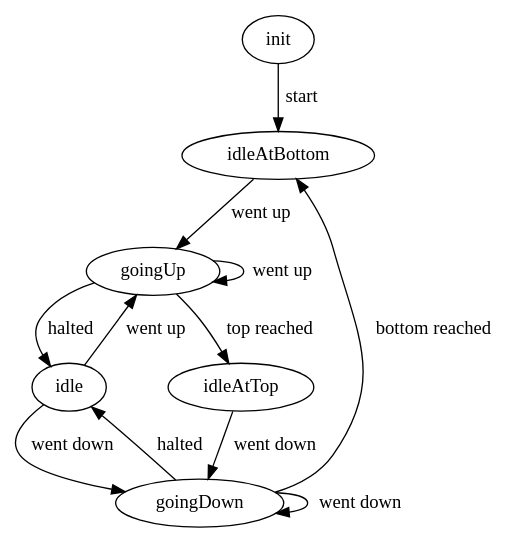
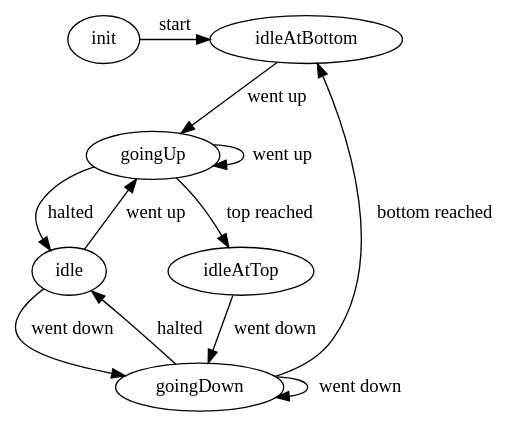
One commit to uberto/okotta-es changed the diagram in codegen/examples/elevator.dot. Above: the diagram before and after it, drawn with Graphviz. The commit also changed 4 other files, not shown here.

```diff
--- a/codegen/examples/elevator.dot
+++ b/codegen/examples/elevator.dot
@@ -1,14 +1,14 @@
 digraph elevator
 {
-    init -> idleAtBottom [label="start"]
+    init -> idleAtBottom [label="start" constraint=false  ]
     idle -> goingUp [label="went up" comment="destination:Int,peopleIn:Int"]
     goingUp -> idle [label="halted" comment="peopleOut:Int"]
     goingUp -> goingUp  [label="went up"]
     goingUp -> idleAtTop  [label="top reached" comment="peopleOut:Int"]
     idle -> goingDown [label="went down" comment="destination:Int"]
     goingDown -> idle  [label="halted" comment="peopleOut:Int"  ]
     goingDown -> goingDown  [label="went down"]
     goingDown -> idleAtBottom  [label="bottom reached" comment="peopleOut:Int"]
-    idleAtTop  -> goingDown [label="went down" comment="destination:Int,peopleIn:Int"]
+    idleAtTop  -> goingDown [label="went down"  comment="destination:Int,peopleIn:Int"]
     idleAtBottom  -> goingUp  [label="went up" comment="destination:Int,peopleIn:Int"]
 }
```
